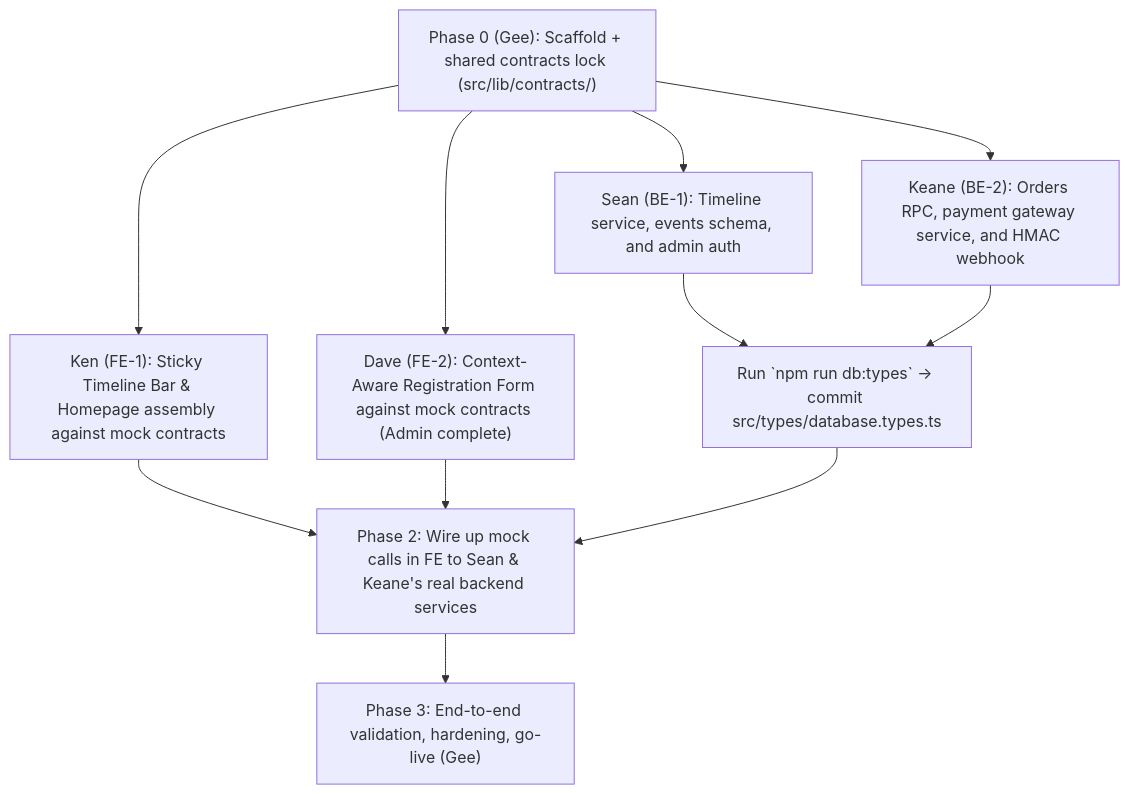
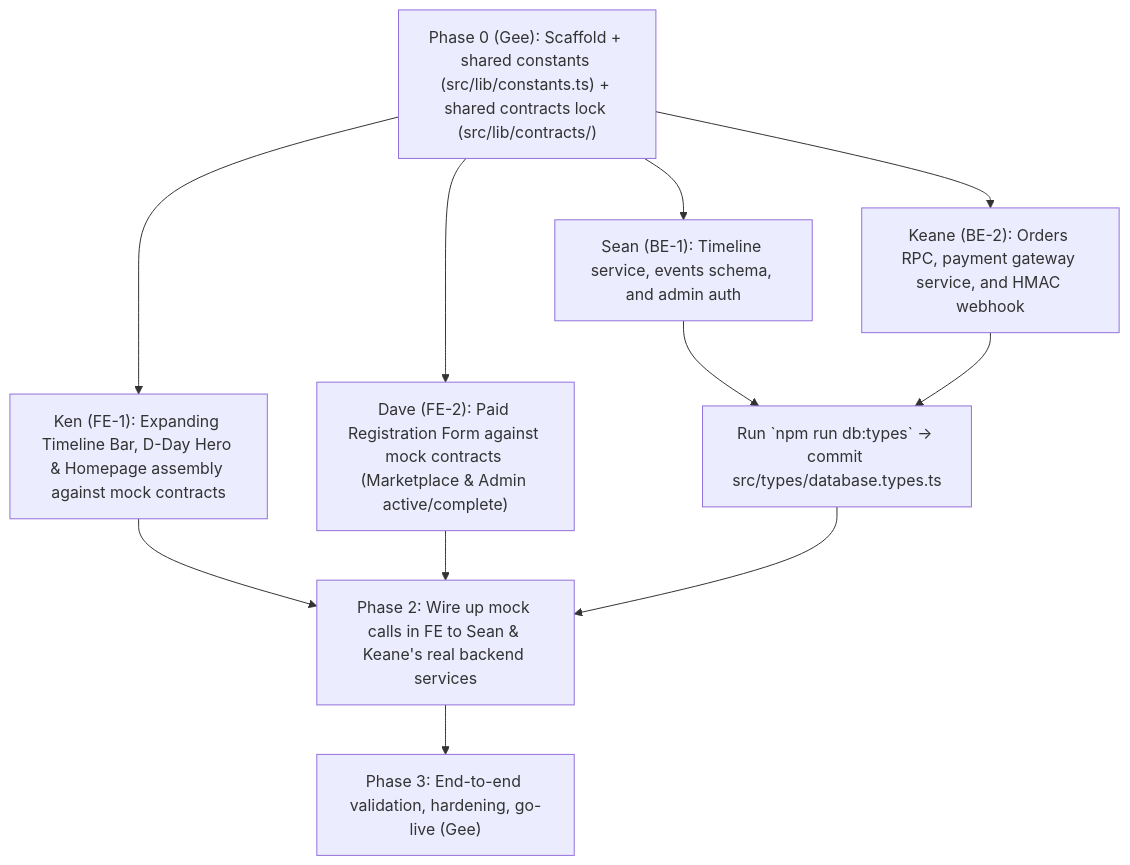
Before and after one commit to Gee123a/ycr-website: the diagram in docs/TEAM_WORKFLOW.md, drawn with Mermaid. The commit also changed other lines of this file and 10 other files, not shown here.

First line of the commit message:
docs: finalize architecture and team plans with coordinator directives

````diff
--- a/docs/TEAM_WORKFLOW.md
+++ b/docs/TEAM_WORKFLOW.md
@@ -21,14 +21,14 @@
 ```mermaid
 flowchart TD
-    S0["Phase 0 (Gee): Scaffold + shared contracts lock (src/lib/contracts/)"]
-    S0 --> FE1["Ken (FE-1): Sticky Timeline Bar & Homepage assembly against mock contracts"]
-    S0 --> FE2["Dave (FE-2): Context-Aware Registration Form against mock contracts (Admin complete)"]
+    S0["Phase 0 (Gee): Scaffold + shared constants (src/lib/constants.ts) + shared contracts lock (src/lib/contracts/)"]
+    S0 --> FE1["Ken (FE-1): Expanding Timeline Bar, D-Day Hero & Homepage assembly against mock contracts"]
+    S0 --> FE2["Dave (FE-2): Paid Registration Form against mock contracts (Marketplace & Admin active/complete)"]
     S0 --> BE1["Sean (BE-1): Timeline service, events schema, and admin auth"]
     S0 --> BE2["Keane (BE-2): Orders RPC, payment gateway service, and HMAC webhook"]
     BE1 --> GEN["Run `npm run db:types` -> commit src/types/database.types.ts"]
     BE2 --> GEN
     FE1 --> INT["Phase 2: Wire up mock calls in FE to Sean & Keane's real backend services"]
     FE2 --> INT
     GEN --> INT
     INT --> QA["Phase 3: End-to-end validation, hardening, go-live (Gee)"]
 ```
````
